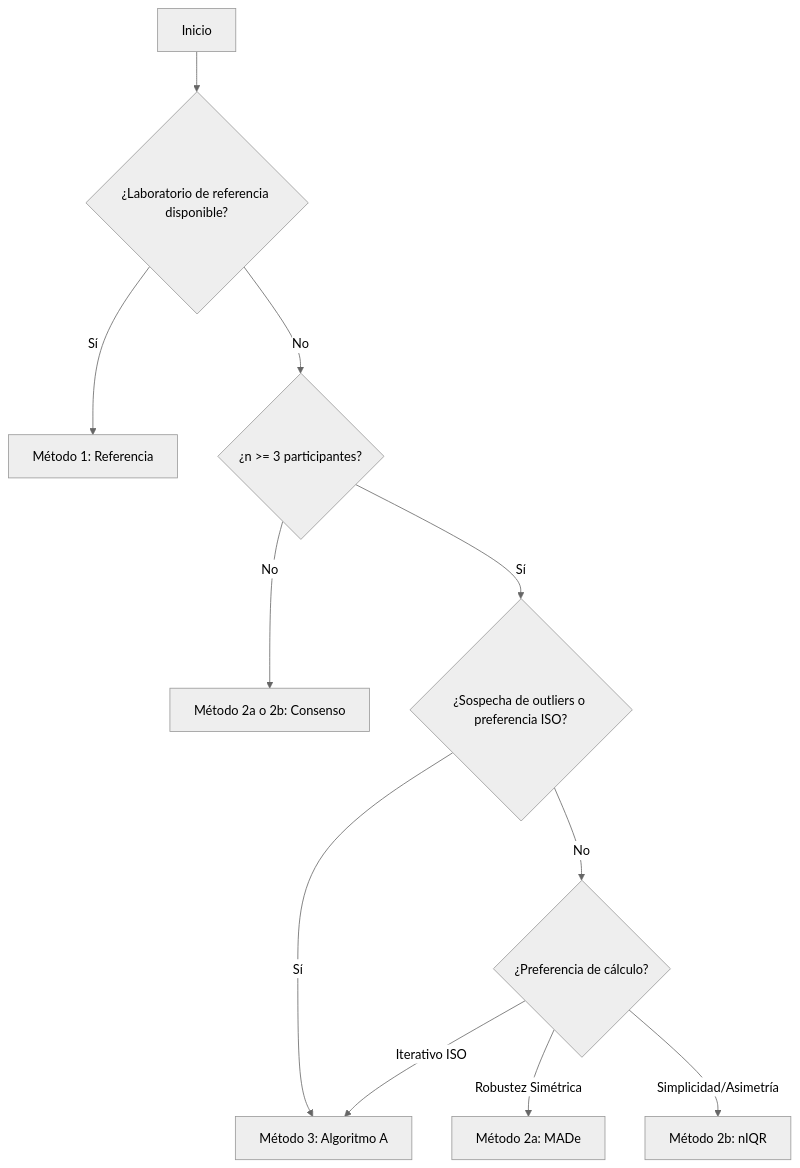
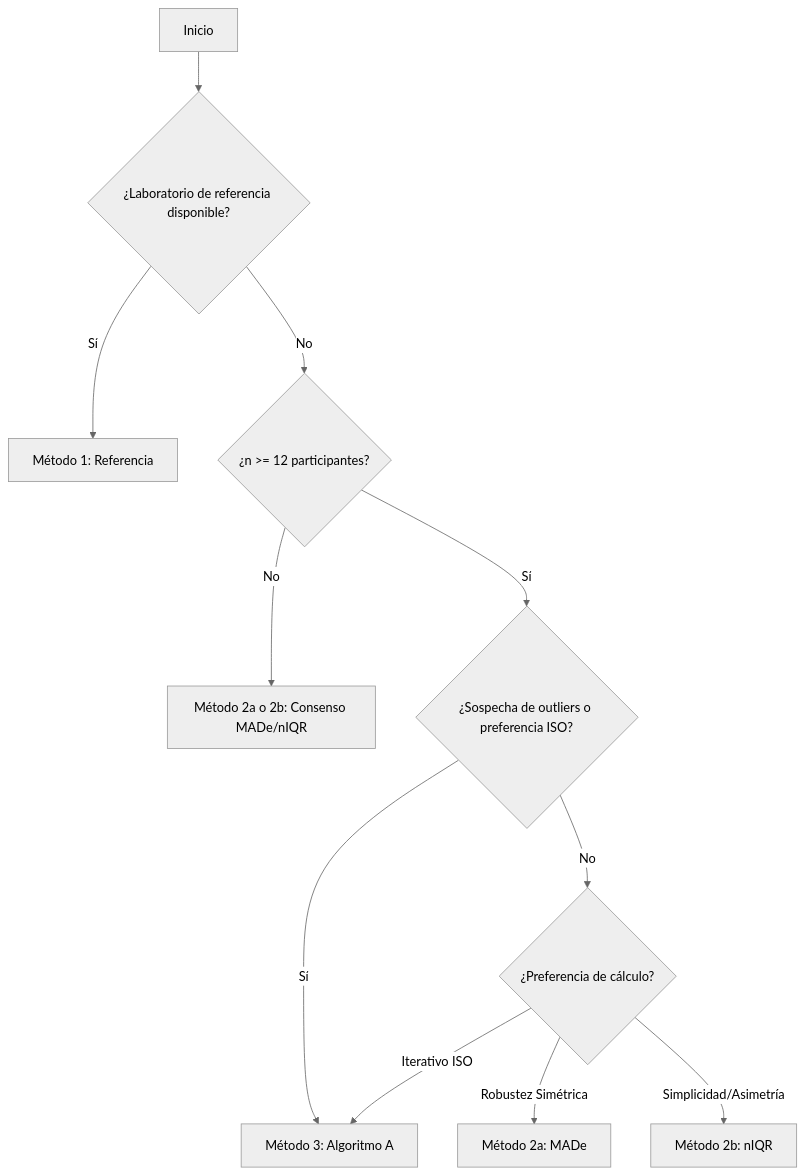
One commit to willl182/pt_app changed the first of 3 diagrams in es/07_valor_asignado.md. Above: the diagram before and after it, drawn with Mermaid (neutral theme). The commit also changed other lines of this file and 2 other files, not shown here.

````diff
--- a/es/07_valor_asignado.md
+++ b/es/07_valor_asignado.md
@@ -31,13 +31,13 @@
 ```mermaid
 flowchart TD
     START[Inicio] --> Q1{¿Laboratorio de referencia disponible?}
     Q1 -->|Sí| M1[Método 1: Referencia]
-    Q1 -->|No| Q2{¿n >= 3 participantes?}
-    Q2 -->|No| M2[Método 2a o 2b: Consenso]
+    Q1 -->|No| Q2{¿n >= 12 participantes?}
+    Q2 -->|No| M2[Método 2a o 2b: Consenso MADe/nIQR]
     Q2 -->|Sí| Q3{¿Sospecha de outliers o preferencia ISO?}
     Q3 -->|Sí| M3[Método 3: Algoritmo A]
     Q3 -->|No| Q4{¿Preferencia de cálculo?}
     Q4 -->|Robustez Simétrica| M2A[Método 2a: MADe]
     Q4 -->|Simplicidad/Asimetría| M2B[Método 2b: nIQR]
     Q4 -->|Iterativo ISO| M3
 ```
````
